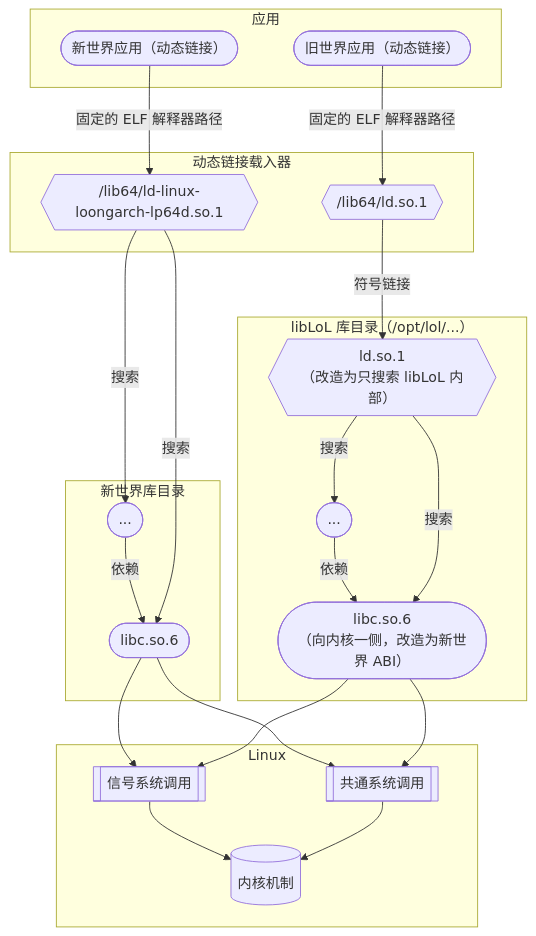
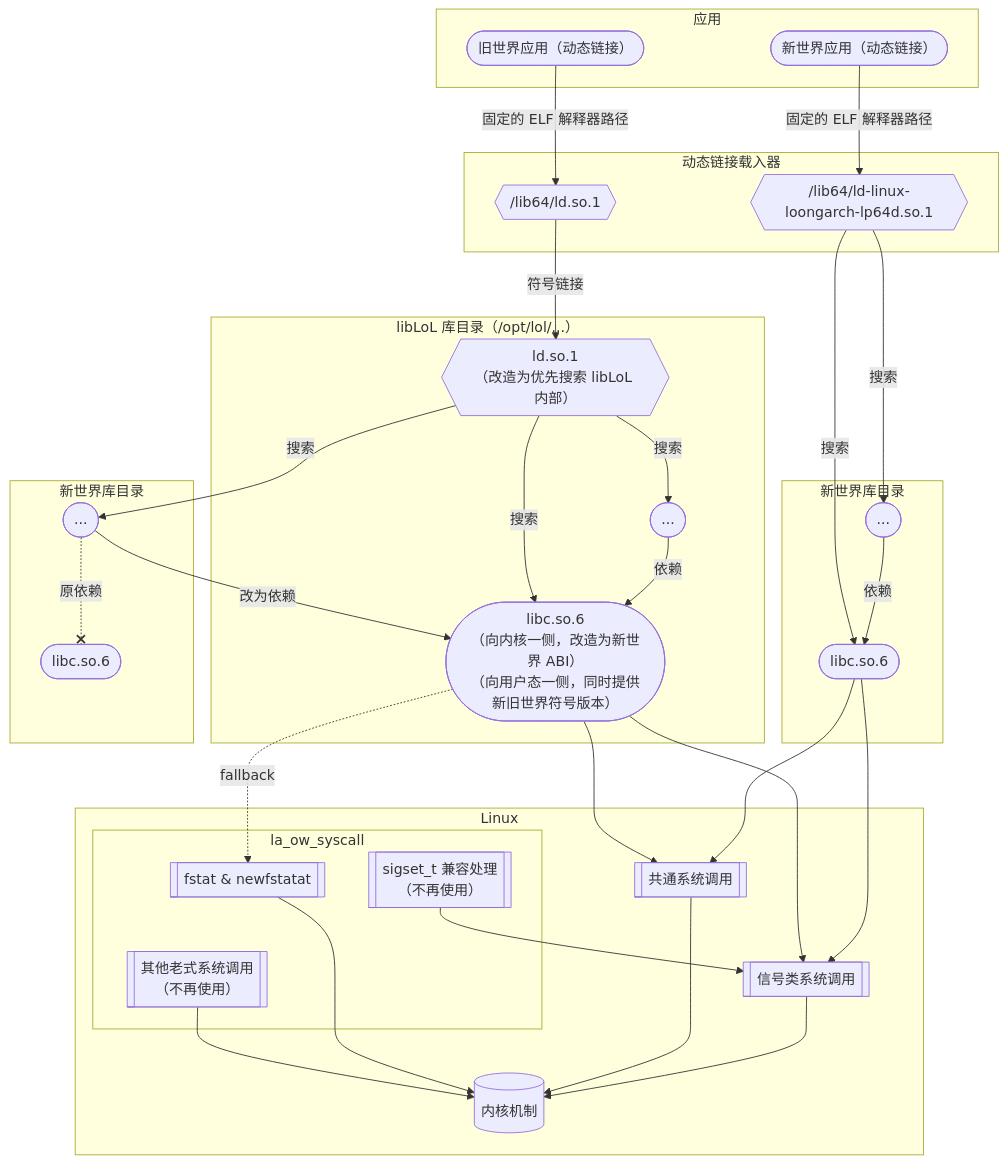
Before and after one commit to loongson-community/areweloongyet: the second of 2 diagrams in docs/world-compat-details/liblol.md, drawn with Mermaid. The commit also changed other lines of this file, not shown here.

````diff
--- a/docs/world-compat-details/liblol.md
+++ b/docs/world-compat-details/liblol.md
@@ -75,46 +88,66 @@
 ```mermaid
 flowchart TB
     subgraph apps [应用]
         DynNWApp([新世界应用（动态链接）])
         DynOWApp([旧世界应用（动态链接）])
     end
 
     subgraph ldso [动态链接载入器]
         NWLdso{{"/lib64/ld-linux-loongarch-lp64d.so.1"}}
         LolLdso{{"/lib64/ld.so.1"}}
     end
 
     DynNWApp -->|固定的 ELF 解释器路径| NWLdso
     DynOWApp -->|固定的 ELF 解释器路径| LolLdso
 
     subgraph nw ["新世界库目录"]
         NWLibc([libc.so.6])
         NWOtherLibs([...]) -->|依赖| NWLibc
 
         NWLdso -->|搜索| NWLibc
         NWLdso -->|搜索| NWOtherLibs
     end
 
     subgraph ow ["libLoL 库目录（/opt/lol/...）"]
-        LolLibc([libc.so.6<br />（向内核一侧，改造为新世界 ABI）])
+        LolLibc([libc.so.6<br />（向内核一侧，改造为新世界 ABI）<br />（向用户态一侧，同时提供新旧世界符号版本）])
         LolOtherLibs([...]) -->|依赖| LolLibc
 
-        LolLdsoReal{{ld.so.1<br />（改造为只搜索 libLoL 内部）}}
+        LolLdsoReal{{ld.so.1<br />（改造为优先搜索 libLoL 内部）}}
         LolLdsoReal -->|搜索| LolLibc
         LolLdsoReal -->|搜索| LolOtherLibs
+    end
+
+    LolLdsoReal -->|搜索| NWOWOtherLibs
+    NWOWOtherLibs -->|改为依赖| LolLibc
+
+    subgraph nwow ["新世界库目录"]
+        NWOWLibc([libc.so.6])
+        NWOWOtherLibs([...])
+        NWOWOtherLibs -.-x|原依赖| NWOWLibc
     end
 
     LolLdso -->|符号链接| LolLdsoReal
 
     subgraph Linux
         Executive[(内核机制)]
-        SyscallSignals[[信号系统调用]] --> Executive
+        SyscallSignals[[信号类系统调用]] --> Executive
         SyscallCommon[[共通系统调用]] --> Executive
+        subgraph la_ow_syscall
+            LolFstat[[fstat & newfstatat]]
+            SyscallOwOther[["其他老式系统调用<br />（不再使用）"]]
+            SignalWrappers[["sigset_t 兼容处理<br />（不再使用）"]]
+        end
+        SignalWrappers --> SyscallSignals
+        LolFstat --> Executive
+        SyscallOwOther --> Executive
+
+        LolFstat ~~~ SyscallOwOther
     end
 
     NWLibc --> SyscallSignals
     NWLibc --> SyscallCommon
 
     LolLibc --> SyscallSignals
     LolLibc --> SyscallCommon
+    LolLibc -.->|fallback| LolFstat
 ```
````
